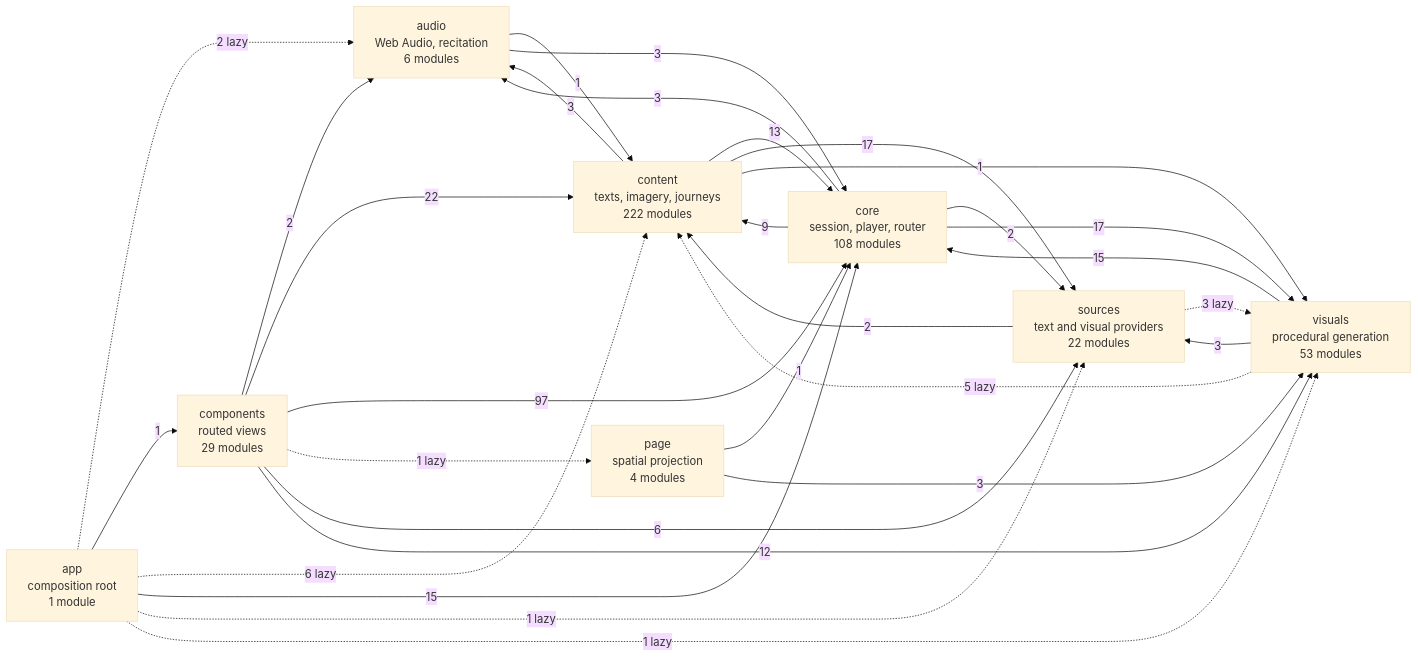
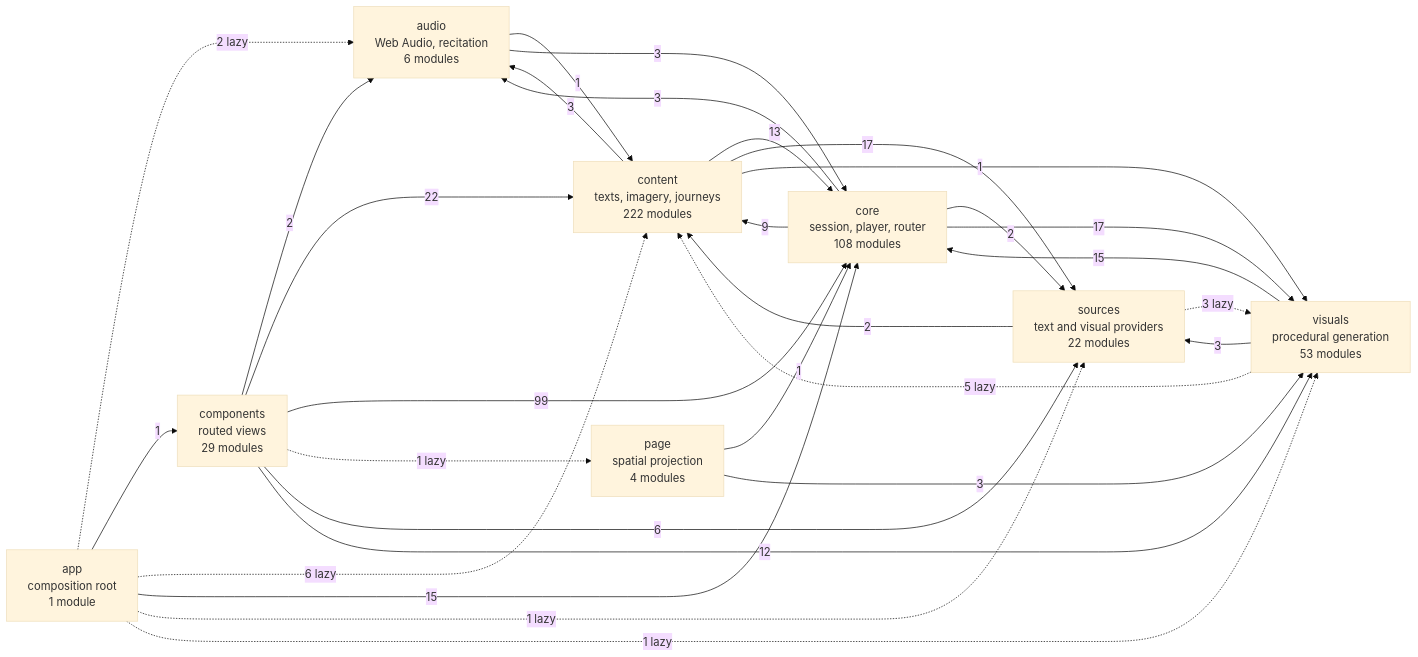
The diagram in docs/specs/ARCHITECTURE.md (SyberLabs/RISE), drawn with Mermaid (base theme) before and after one commit. The commit also changed 61 other files, not shown here.

````diff
--- a/docs/specs/ARCHITECTURE.md
+++ b/docs/specs/ARCHITECTURE.md
@@ -149,41 +149,41 @@
 ```mermaid
 flowchart LR
     app["app<br/>composition root<br/>1 module"]
     audio["audio<br/>Web Audio, recitation<br/>6 modules"]
     components["components<br/>routed views<br/>29 modules"]
     content["content<br/>texts, imagery, journeys<br/>222 modules"]
     core["core<br/>session, player, router<br/>108 modules"]
     page["page<br/>spatial projection<br/>4 modules"]
     sources["sources<br/>text and visual providers<br/>22 modules"]
     visuals["visuals<br/>procedural generation<br/>53 modules"]
 
     app -.-> |2 lazy| audio
     app --> |1| components
     app -.-> |6 lazy| content
     app --> |15| core
     app -.-> |1 lazy| sources
     app -.-> |1 lazy| visuals
     audio --> |1| content
     audio --> |3| core
     components --> |2| audio
     components --> |22| content
-    components --> |97| core
+    components --> |99| core
     components -.-> |1 lazy| page
     components --> |6| sources
     components --> |12| visuals
     content --> |3| audio
     content --> |13| core
     content --> |17| sources
     content --> |1| visuals
     core --> |3| audio
     core --> |9| content
     core --> |2| sources
     core --> |17| visuals
     page --> |1| core
     page --> |3| visuals
     sources --> |2| content
     sources -.-> |3 lazy| visuals
     visuals -.-> |5 lazy| content
     visuals --> |15| core
     visuals --> |3| sources
 ```
````
